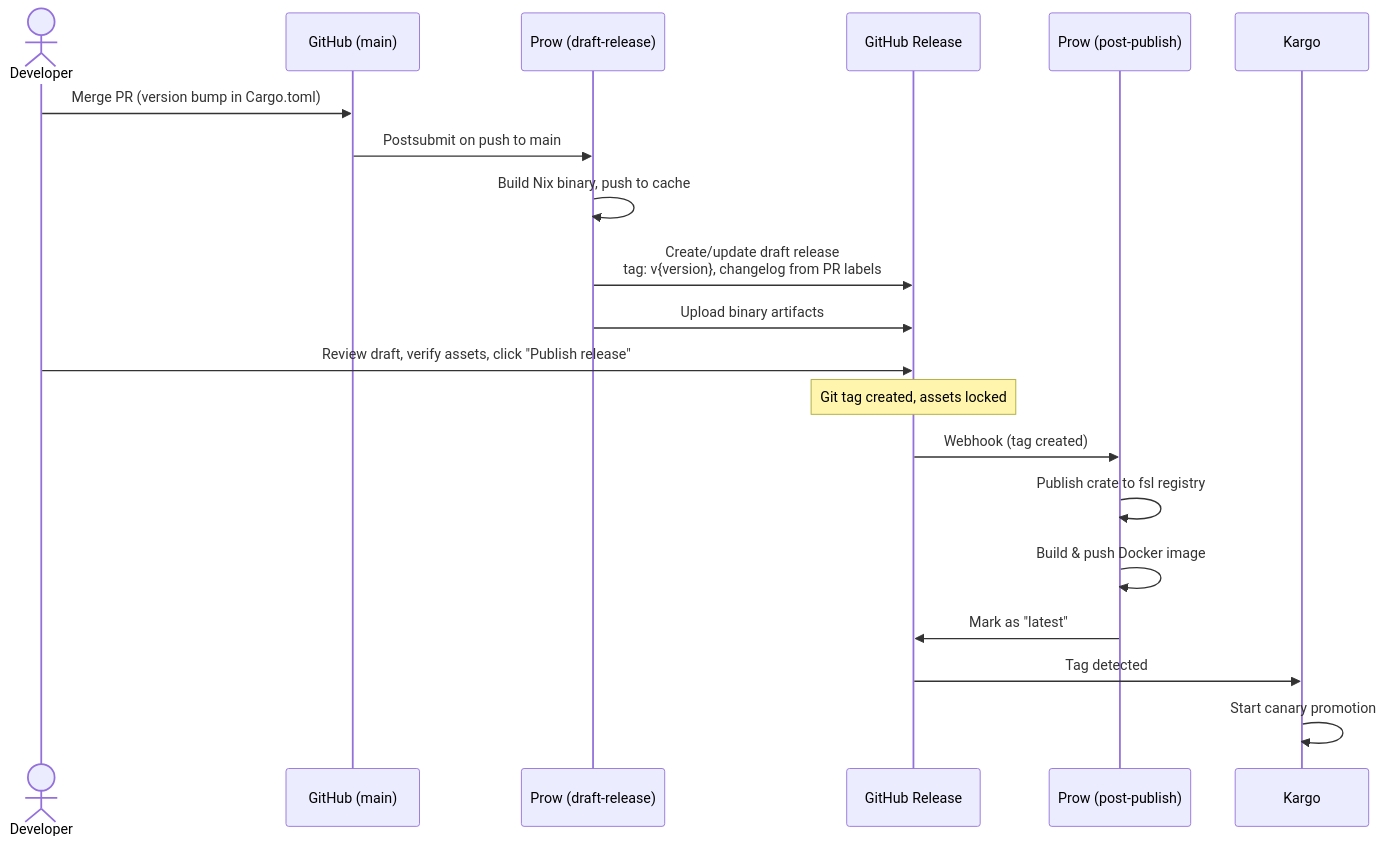
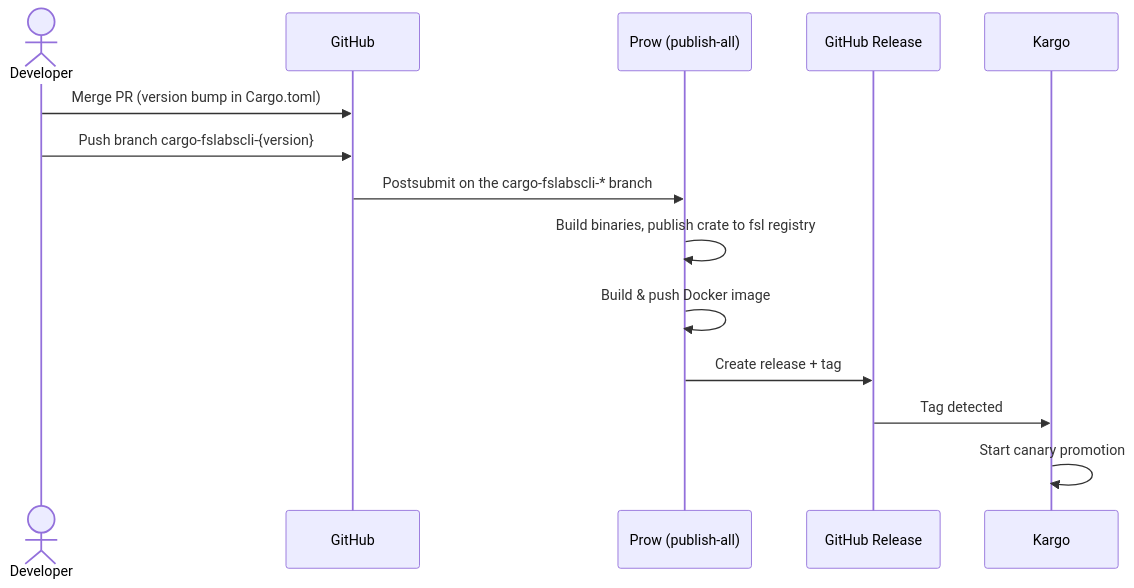
The diagram in README.md (fslabs/fslabscli), drawn with Mermaid before and after one commit. The commit also changed other lines of this file, not shown here.

Commit message:
docs: correct release process to match deployed Prow config

````diff
--- a/README.md
+++ b/README.md
@@ -47,26 +50,17 @@
 ``` mermaid
 sequenceDiagram
     actor Dev as Developer
-    participant GH as GitHub (main)
-    participant Prow as Prow (draft-release)
+    participant GH as GitHub
+    participant Prow as Prow (publish-all)
     participant Rel as GitHub Release
-    participant Prow2 as Prow (post-publish)
     participant Kargo as Kargo
 
     Dev->>GH: Merge PR (version bump in Cargo.toml)
-    GH->>Prow: Postsubmit on push to main
-    Prow->>Prow: Build Nix binary, push to cache
-    Prow->>Rel: Create/update draft release<br/>tag: v{version}, changelog from PR labels
-    Prow->>Rel: Upload binary artifacts
-
-    Dev->>Rel: Review draft, verify assets, click "Publish release"
-    Note over Rel: Git tag created, assets locked
-
-    Rel->>Prow2: Webhook (tag created)
-    Prow2->>Prow2: Publish crate to fsl registry
-    Prow2->>Prow2: Build & push Docker image
-    Prow2->>Rel: Mark as "latest"
-
+    Dev->>GH: Push branch cargo-fslabscli-{version}
+    GH->>Prow: Postsubmit on the cargo-fslabscli-* branch
+    Prow->>Prow: Build binaries, publish crate to fsl registry
+    Prow->>Prow: Build & push Docker image
+    Prow->>Rel: Create release + tag
     Rel->>Kargo: Tag detected
     Kargo->>Kargo: Start canary promotion
 ```
````
